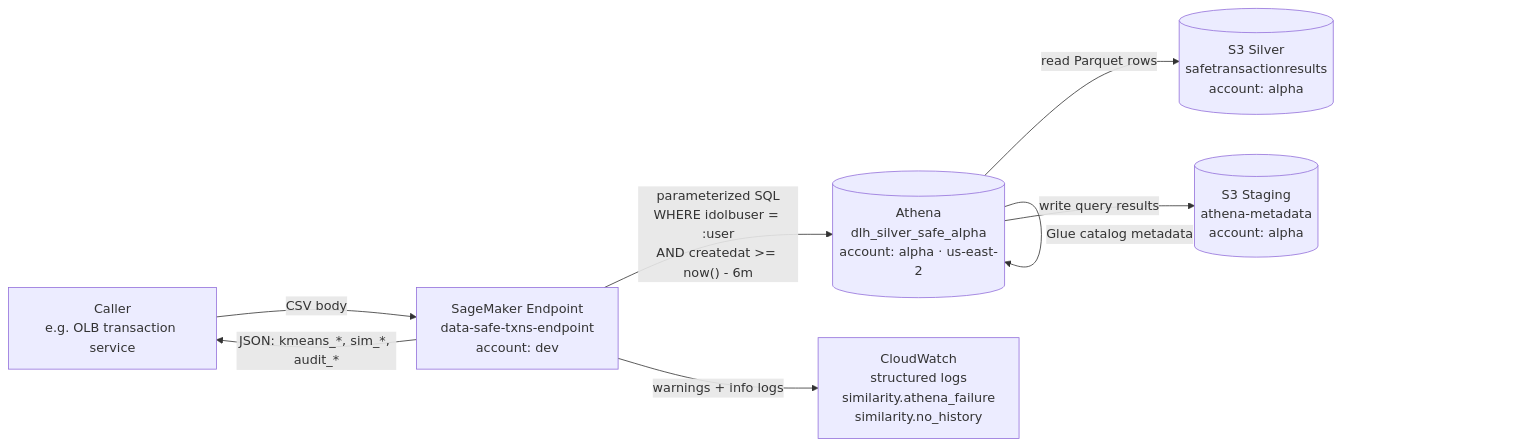
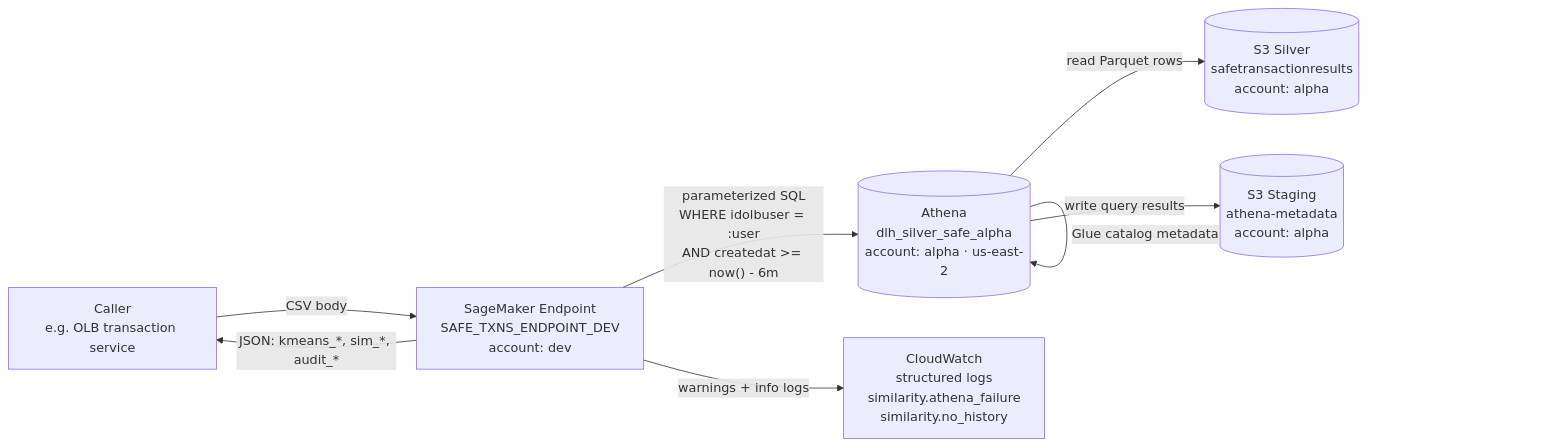
The first of 2 diagrams in docs/codemap/00-overview/Architecture.md (lbetancourth-dev-blossom/safe_txns_sim_endpoint), drawn with Mermaid before and after one commit. The commit also changed other lines of this file and 34 other files, not shown here.

First line of the commit message:
chore(cleanup): aggressive docs cleanup + technical reference + endpoint rename to SAFE_TXNS_ENDPOINT_DEV

````diff
--- a/docs/codemap/00-overview/Architecture.md
+++ b/docs/codemap/00-overview/Architecture.md
@@ -14,17 +14,17 @@
 ```mermaid
 flowchart LR
     Caller[Caller<br/>e.g. OLB transaction service]
-    Endpoint[SageMaker Endpoint<br/>data-safe-txns-endpoint<br/>account: dev]
+    Endpoint[SageMaker Endpoint<br/>SAFE_TXNS_ENDPOINT_DEV<br/>account: dev]
     Athena[(Athena<br/>dlh_silver_safe_alpha<br/>account: alpha · us-east-2)]
     S3Silver[(S3 Silver<br/>safetransactionresults<br/>account: alpha)]
     S3Staging[(S3 Staging<br/>athena-metadata<br/>account: alpha)]
     CW[CloudWatch<br/>structured logs<br/>similarity.athena_failure<br/>similarity.no_history]
 
     Caller -- CSV body --> Endpoint
     Endpoint -- "parameterized SQL<br/>WHERE idolbuser = :user<br/>AND createdat >= now() - 6m" --> Athena
     Athena -- "Glue catalog metadata" --> Athena
     Athena -- "read Parquet rows" --> S3Silver
     Athena -- "write query results" --> S3Staging
     Endpoint -- "warnings + info logs" --> CW
     Endpoint -- "JSON: kmeans_*, sim_*, audit_*" --> Caller
 ```
````
